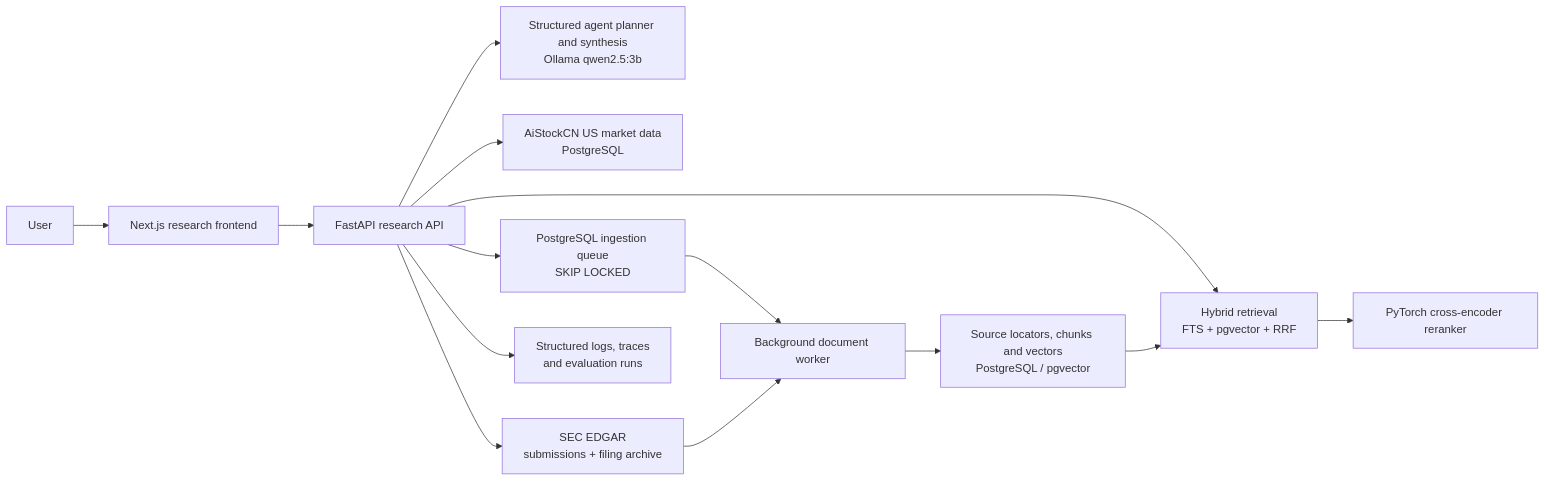
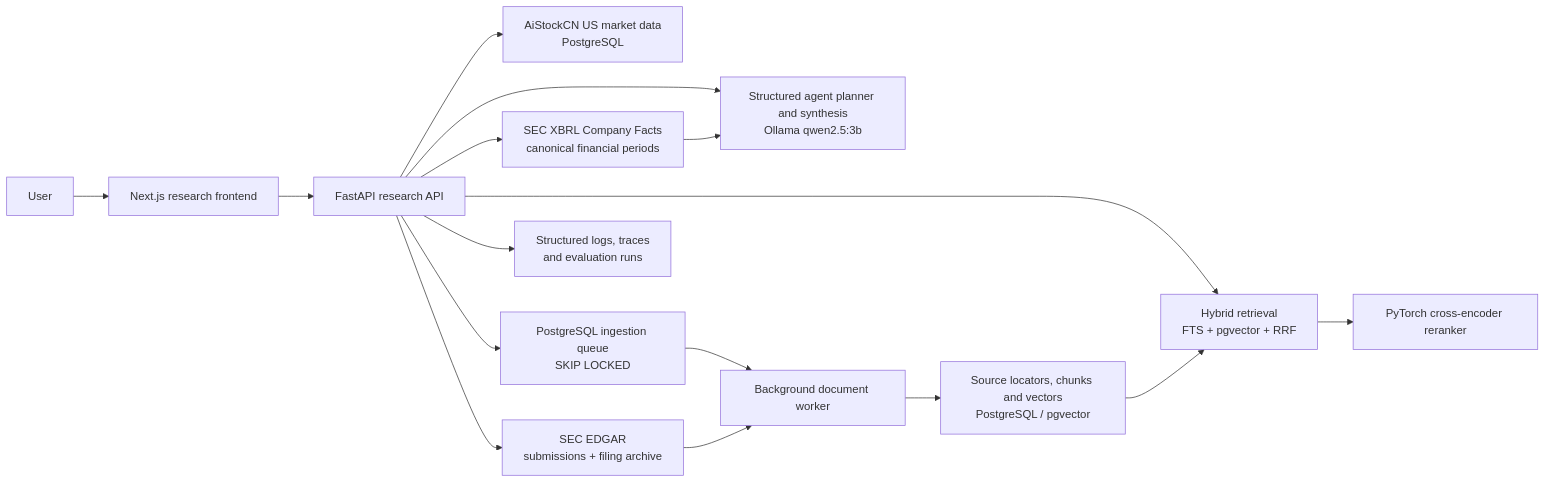
The diagram in README.md (thisiscatcode/aistockcn), drawn with Mermaid before and after one commit. The commit also changed other lines of this file and 16 other files, not shown here.

Commit message:
Add SEC XBRL financial tools to Research Copilot

````diff
--- a/README.md
+++ b/README.md
@@ -62,16 +64,18 @@
 ```mermaid
 flowchart LR
     U["User"] --> W["Next.js research frontend"]
     W --> A["FastAPI research API"]
     A --> L["Structured agent planner and synthesis\nOllama qwen2.5:3b"]
     A --> M["AiStockCN US market data\nPostgreSQL"]
     A --> S["SEC EDGAR\nsubmissions + filing archive"]
+    A --> X["SEC XBRL Company Facts\ncanonical financial periods"]
     A --> H["Hybrid retrieval\nFTS + pgvector + RRF"]
     H --> R["PyTorch cross-encoder reranker"]
     A --> Q["PostgreSQL ingestion queue\nSKIP LOCKED"]
     Q --> K["Background document worker"]
     S --> K
     K --> V["Source locators, chunks and vectors\nPostgreSQL / pgvector"]
     V --> H
     A --> O["Structured logs, traces\nand evaluation runs"]
+    X --> L
 ```
````
